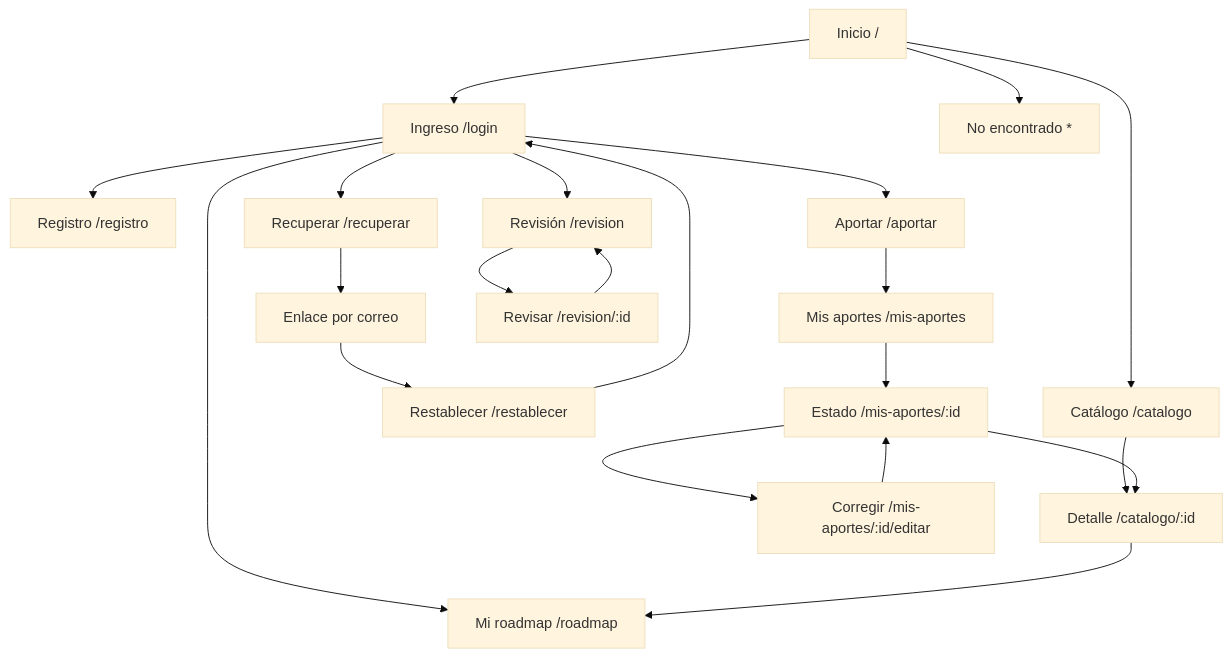
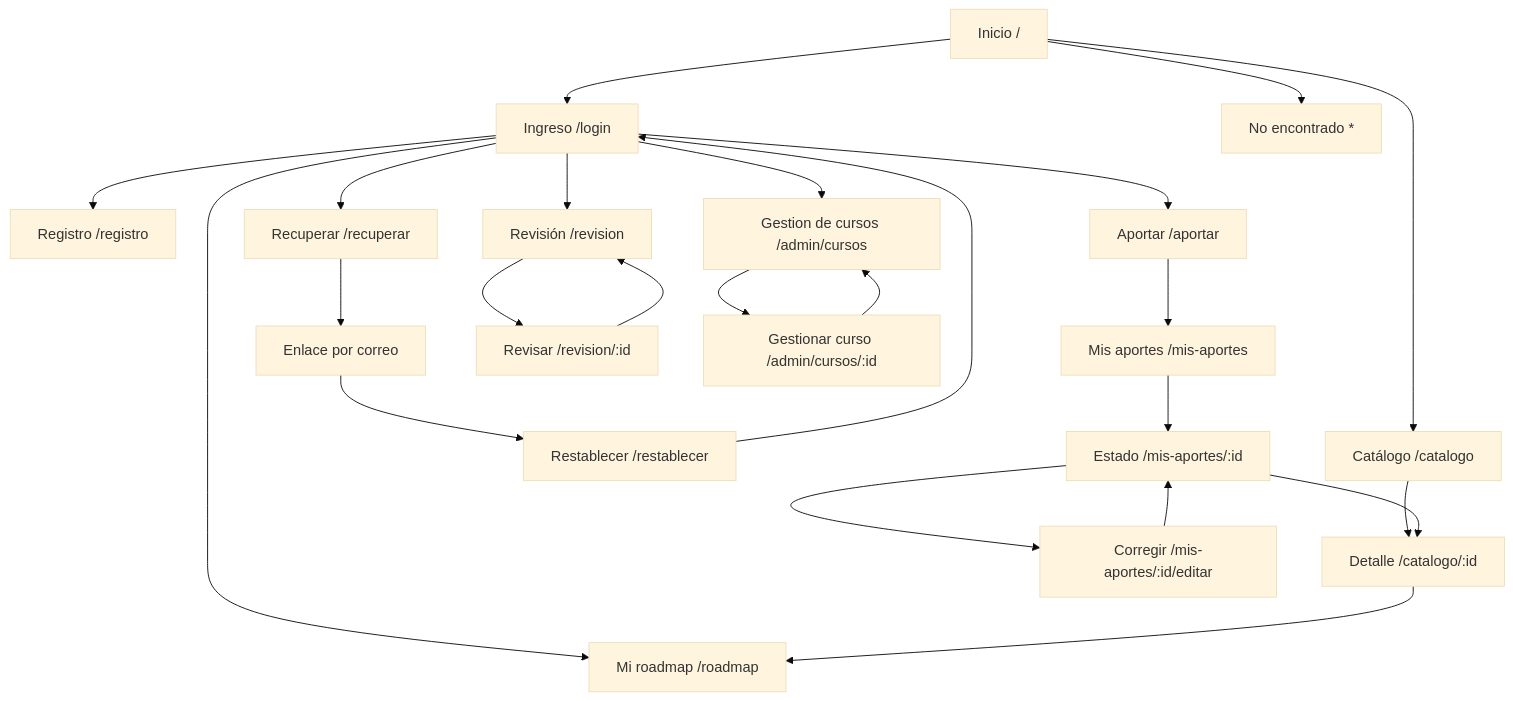
The diagram in docs/APPFlow.md (martibelen99/roadmap-cursos), drawn with Mermaid (base theme) before and after one commit. The commit also changed other lines of this file and 7 other files, not shown here.

````diff
--- a/docs/APPFlow.md
+++ b/docs/APPFlow.md
@@ -7,23 +7,26 @@
 ```mermaid
 flowchart TD
     HOME[Inicio /] --> CAT[Catálogo /catalogo]
     CAT --> DET[Detalle /catalogo/:id]
     HOME --> LOGIN[Ingreso /login]
     LOGIN --> REG[Registro /registro]
     LOGIN --> REC[Recuperar /recuperar]
     REC --> MAIL[Enlace por correo]
     MAIL --> RESET[Restablecer /restablecer]
     RESET --> LOGIN
     LOGIN --> ROAD[Mi roadmap /roadmap]
     LOGIN --> ADD[Aportar /aportar]
     ADD --> OWN[Mis aportes /mis-aportes]
     OWN --> STATUS[Estado /mis-aportes/:id]
     STATUS --> EDIT[Corregir /mis-aportes/:id/editar]
     EDIT --> STATUS
     LOGIN --> QUEUE[Revisión /revision]
     QUEUE --> REVIEW[Revisar /revision/:id]
     REVIEW --> QUEUE
+    LOGIN --> MANAGE[Gestion de cursos /admin/cursos]
+    MANAGE --> ADMINDET[Gestionar curso /admin/cursos/:id]
+    ADMINDET --> MANAGE
     DET --> ROAD
     STATUS --> DET
     HOME --> NF[No encontrado *]
 ```
````
